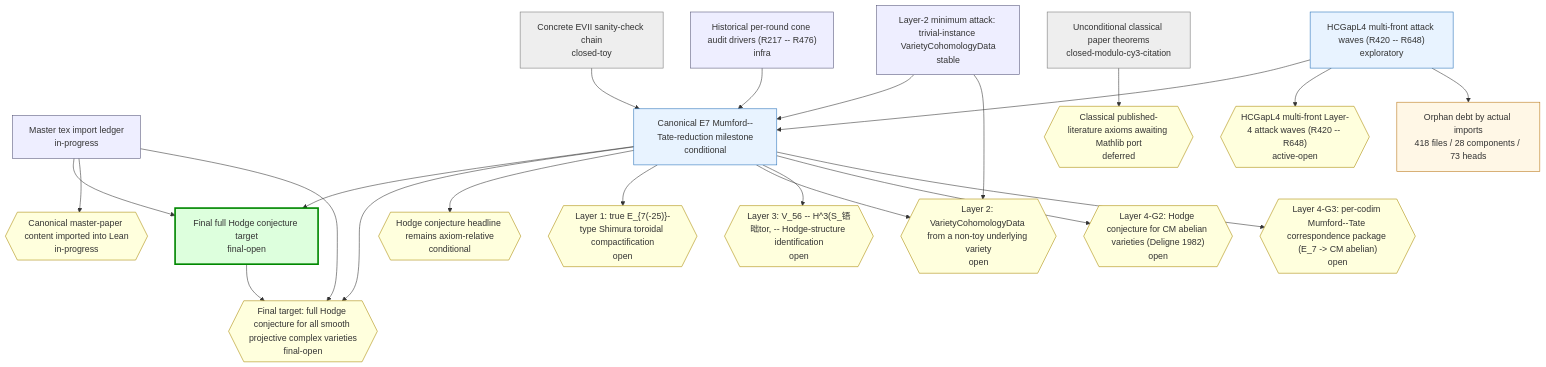
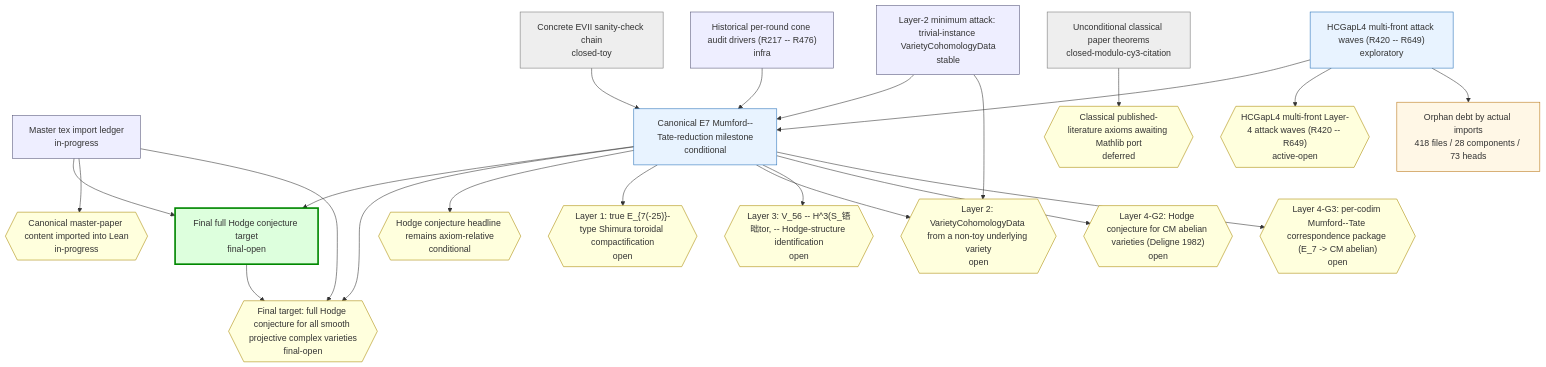
One commit to crabsatellite/hodge-conjecture-lean4-formalization changed the first of 2 diagrams in chain-status/research-map.md. Above: the diagram before and after it, drawn with Mermaid. The commit also changed other lines of this file and 8 other files, not shown here.

````diff
--- a/chain-status/research-map.md
+++ b/chain-status/research-map.md
@@ -46,54 +46,54 @@
 ```mermaid
 graph TD
   classDef main fill:#dfd,stroke:#080,stroke-width:3px
   classDef active fill:#e8f3ff,stroke:#2670b8
   classDef support fill:#eef,stroke:#557
   classDef closed fill:#eee,stroke:#777
   classDef dead fill:#fdd,stroke:#a00,stroke-width:2px
   classDef gapOpen fill:#ffd,stroke:#a80
   classDef gapClosed fill:#eee,stroke:#777
   classDef gapDead fill:#fdd,stroke:#a00
   classDef debt fill:#fff7e6,stroke:#b87514
   classDef debtTaxonomy fill:#e8f3ff,stroke:#2670b8,stroke-dasharray:3 3
   classDef debtRule fill:#eefbea,stroke:#398439,stroke-dasharray:3 3
   classDef debtDead fill:#fdd,stroke:#a00,stroke-dasharray:3 3
   chain_full_hc_final_target["Final full Hodge conjecture target\nfinal-open"]:::main
   chain_master_paper_import_ledger["Master tex import ledger\nin-progress"]:::support
   chain_main_hc_axiom_relative["Canonical E7 Mumford--Tate-reduction milestone\nconditional"]:::active
   chain_unconditional_classical["Unconditional classical paper theorems\nclosed-modulo-cy3-citation"]:::closed
   chain_hcgap_l2_trivial_instances["Layer-2 minimum attack: trivial-instance VarietyCohomologyData\nstable"]:::support
-  chain_hcgap_l4_multifront_active["HCGapL4 multi-front attack waves (R420 -- R648)\nexploratory"]:::active
+  chain_hcgap_l4_multifront_active["HCGapL4 multi-front attack waves (R420 -- R649)\nexploratory"]:::active
   chain_concrete_evii_toy["Concrete EVII sanity-check chain\nclosed-toy"]:::closed
   chain_historical_cone_audits["Historical per-round cone audit drivers (R217 -- R476)\ninfra"]:::support
   gap_G_full_hc{{"Final target: full Hodge conjecture for all smooth projective complex varieties\nfinal-open"}}:::gapOpen
   gap_G_master_paper_import{{"Canonical master-paper content imported into Lean\nin-progress"}}:::gapOpen
   gap_G_main_hc{{"Hodge conjecture headline remains axiom-relative\nconditional"}}:::gapOpen
   gap_G_l1_e7_shimura_tor{{"Layer 1: true E_{7(-25)}-type Shimura toroidal compactification\nopen"}}:::gapOpen
   gap_G_l2_cohomology_construction{{"Layer 2: VarietyCohomologyData from a non-toy underlying variety\nopen"}}:::gapOpen
   gap_G_l3_v56_mt_identification{{"Layer 3: V_56 -- H^3(S_铻昢tor, -- Hodge-structure identification\nopen"}}:::gapOpen
   gap_G_l4_cm_abelian_hc{{"Layer 4-G2: Hodge conjecture for CM abelian varieties (Deligne 1982)\nopen"}}:::gapOpen
   gap_G_l4_mt_correspondence{{"Layer 4-G3: per-codim Mumford--Tate correspondence package (E_7 -> CM abelian)\nopen"}}:::gapOpen
   gap_G_classical_mathlib_port{{"Classical published-literature axioms awaiting Mathlib port\ndeferred"}}:::gapOpen
-  gap_G_hcgap_l4_multifront{{"HCGapL4 multi-front Layer-4 attack waves (R420 -- R648)\nactive-open"}}:::gapOpen
+  gap_G_hcgap_l4_multifront{{"HCGapL4 multi-front Layer-4 attack waves (R420 -- R649)\nactive-open"}}:::gapOpen
   chain_full_hc_final_target --> gap_G_full_hc
   chain_master_paper_import_ledger --> chain_full_hc_final_target
   chain_master_paper_import_ledger --> gap_G_master_paper_import
   chain_master_paper_import_ledger --> gap_G_full_hc
   chain_main_hc_axiom_relative --> chain_full_hc_final_target
   chain_main_hc_axiom_relative --> gap_G_full_hc
   chain_main_hc_axiom_relative --> gap_G_main_hc
   chain_main_hc_axiom_relative --> gap_G_l1_e7_shimura_tor
   chain_main_hc_axiom_relative --> gap_G_l2_cohomology_construction
   chain_main_hc_axiom_relative --> gap_G_l3_v56_mt_identification
   chain_main_hc_axiom_relative --> gap_G_l4_cm_abelian_hc
   chain_main_hc_axiom_relative --> gap_G_l4_mt_correspondence
   chain_unconditional_classical --> gap_G_classical_mathlib_port
   chain_hcgap_l2_trivial_instances --> chain_main_hc_axiom_relative
   chain_hcgap_l2_trivial_instances --> gap_G_l2_cohomology_construction
   chain_hcgap_l4_multifront_active --> chain_main_hc_axiom_relative
   chain_hcgap_l4_multifront_active --> gap_G_hcgap_l4_multifront
   chain_concrete_evii_toy --> chain_main_hc_axiom_relative
   chain_historical_cone_audits --> chain_main_hc_axiom_relative
   debt_all["Orphan debt by actual imports\n418 files / 28 components / 73 heads"]:::debt
   chain_hcgap_l4_multifront_active --> debt_all
 ```
````
